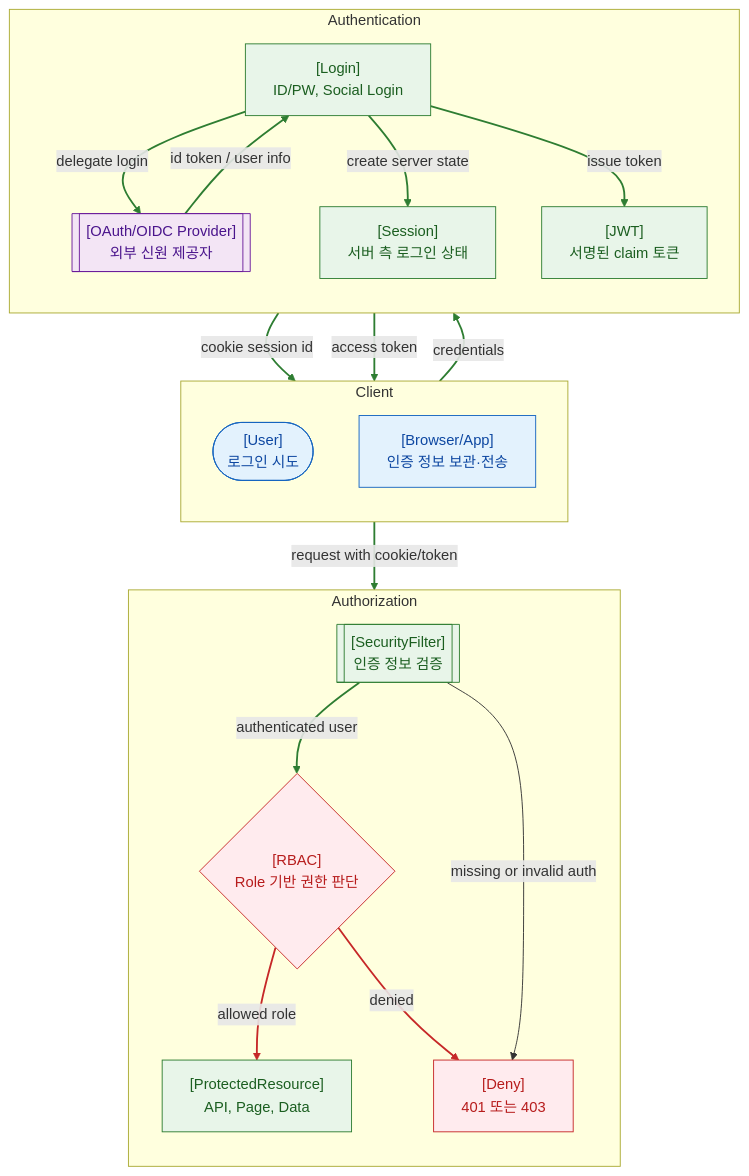
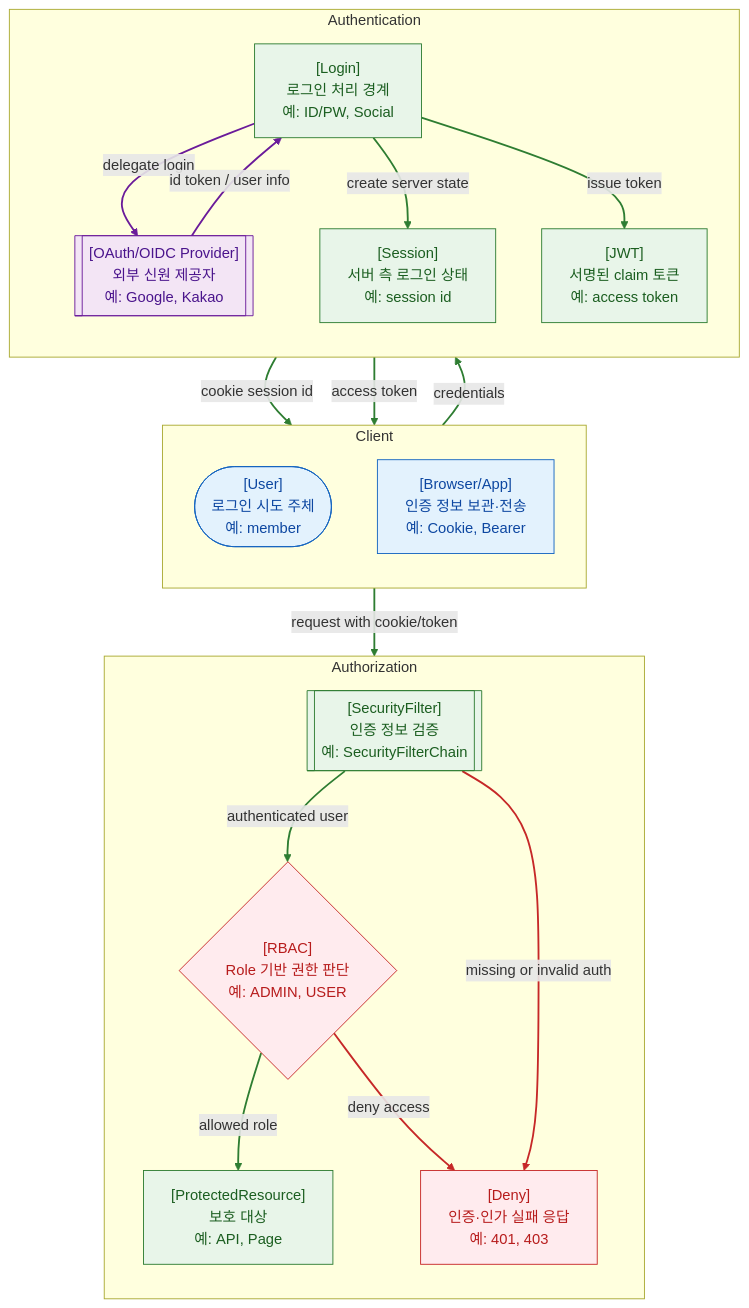
The diagram in content/Web-지도/13. 인증과 인가 지도 - Session, OAuth, JWT, RBAC.md (thisis-joe/thisis-joe.github.io), drawn with Mermaid before and after one commit. The commit also changed other lines of this file and 595 other files, not shown here.

````diff
--- a/content/Web-지도/13. 인증과 인가 지도 - Session, OAuth, JWT, RBAC.md
+++ b/content/Web-지도/13. 인증과 인가 지도 - Session, OAuth, JWT, RBAC.md
@@ -14,51 +14,52 @@
 ```mermaid
 flowchart TB
 
 subgraph CLIENT["Client"]
 direction TB
-USER(["[User]<br/>로그인 시도"])
-BROWSER["[Browser/App]<br/>인증 정보 보관·전송"]
+USER(["[User]<br/>로그인 시도 주체<br/>예: member"])
+BROWSER["[Browser/App]<br/>인증 정보 보관·전송<br/>예: Cookie, Bearer"]
 end
 
 subgraph AUTHN["Authentication"]
 direction TB
-LOGIN["[Login]<br/>ID/PW, Social Login"]
-IDP[["[OAuth/OIDC Provider]<br/>외부 신원 제공자"]]
-SESSION["[Session]<br/>서버 측 로그인 상태"]
-JWT["[JWT]<br/>서명된 claim 토큰"]
+LOGIN["[Login]<br/>로그인 처리 경계<br/>예: ID/PW, Social"]
+IDP[["[OAuth/OIDC Provider]<br/>외부 신원 제공자<br/>예: Google, Kakao"]]
+SESSION["[Session]<br/>서버 측 로그인 상태<br/>예: session id"]
+JWT["[JWT]<br/>서명된 claim 토큰<br/>예: access token"]
 end
 
 subgraph AUTHZ["Authorization"]
 direction TB
-FILTER[["[SecurityFilter]<br/>인증 정보 검증"]]
-RBAC{"[RBAC]<br/>Role 기반 권한 판단"}
-RESOURCE["[ProtectedResource]<br/>API, Page, Data"]
-DENY["[Deny]<br/>401 또는 403"]
+FILTER[["[SecurityFilter]<br/>인증 정보 검증<br/>예: SecurityFilterChain"]]
+RBAC{"[RBAC]<br/>Role 기반 권한 판단<br/>예: ADMIN, USER"}
+RESOURCE["[ProtectedResource]<br/>보호 대상<br/>예: API, Page"]
+DENY["[Deny]<br/>인증·인가 실패 응답<br/>예: 401, 403"]
 end
 
 USER -->|credentials| LOGIN
 BROWSER -->|request with cookie/token| FILTER
 LOGIN -->|delegate login| IDP
 IDP -->|id token / user info| LOGIN
 LOGIN -->|create server state| SESSION
 LOGIN -->|issue token| JWT
 SESSION -->|cookie session id| BROWSER
 JWT -->|access token| BROWSER
 FILTER -->|authenticated user| RBAC
 RBAC -->|allowed role| RESOURCE
-RBAC -->|denied| DENY
+RBAC -->|deny access| DENY
 FILTER -->|missing or invalid auth| DENY
 
 classDef client fill:#E3F2FD,stroke:#1565C0,color:#0D47A1;
 classDef server fill:#E8F5E9,stroke:#2E7D32,color:#1B5E20;
 classDef security fill:#FFEBEE,stroke:#C62828,color:#B71C1C;
 classDef event fill:#F3E5F5,stroke:#6A1B9A,color:#4A148C;
 
 class USER,BROWSER client;
 class LOGIN,SESSION,JWT,FILTER,RESOURCE server;
 class RBAC,DENY security;
 class IDP event;
 
-linkStyle 0,1,2,3,4,5,6,7,8 stroke:#2E7D32,stroke-width:2px;
-linkStyle 9,10 stroke:#C62828,stroke-width:2px;
+linkStyle 0,1,4,5,6,7,8,9 stroke:#2E7D32,stroke-width:2px;
+linkStyle 2,3 stroke:#6A1B9A,stroke-width:2px;
+linkStyle 10,11 stroke:#C62828,stroke-width:2px;
 ```
````
